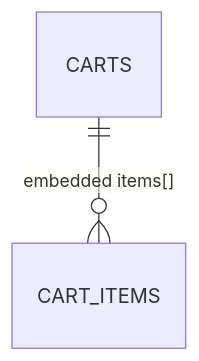
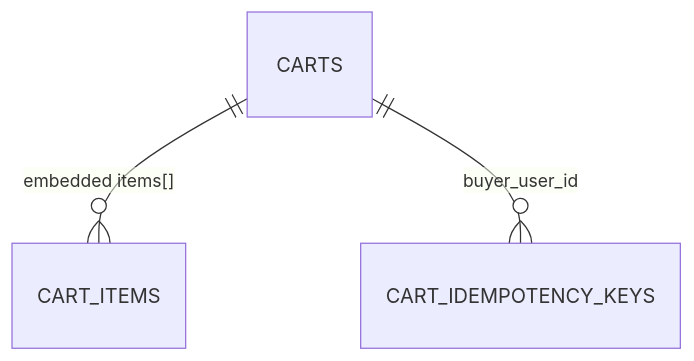
One commit to ecommerce-taca/docs changed the diagram in cart-docs/docs/db/cart.md. Above: the diagram before and after it, drawn with Mermaid. The commit also changed other lines of this file and 7 other files, not shown here.

````diff
--- a/cart-docs/docs/db/cart.md
+++ b/cart-docs/docs/db/cart.md
@@ -20,4 +20,5 @@
 ```mermaid
 erDiagram
     CARTS ||--o{ CART_ITEMS : "embedded items[]"
+    CARTS ||--o{ CART_IDEMPOTENCY_KEYS : "buyer_user_id"
 ```
````
